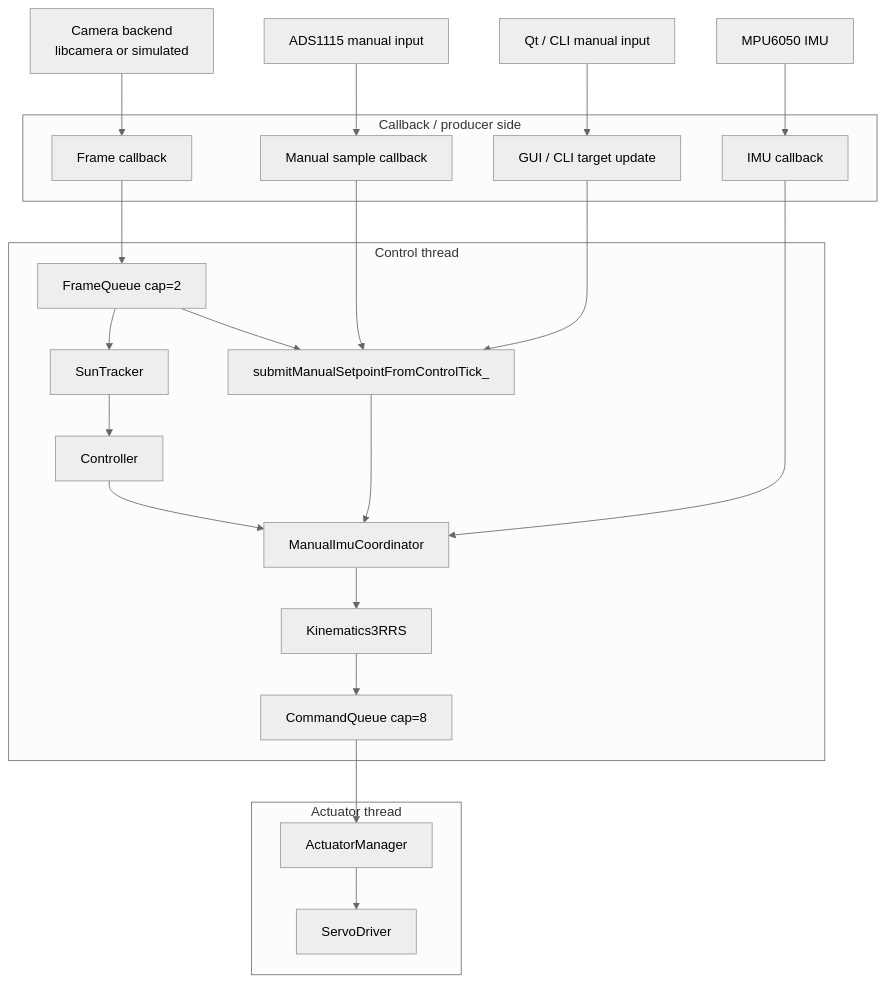
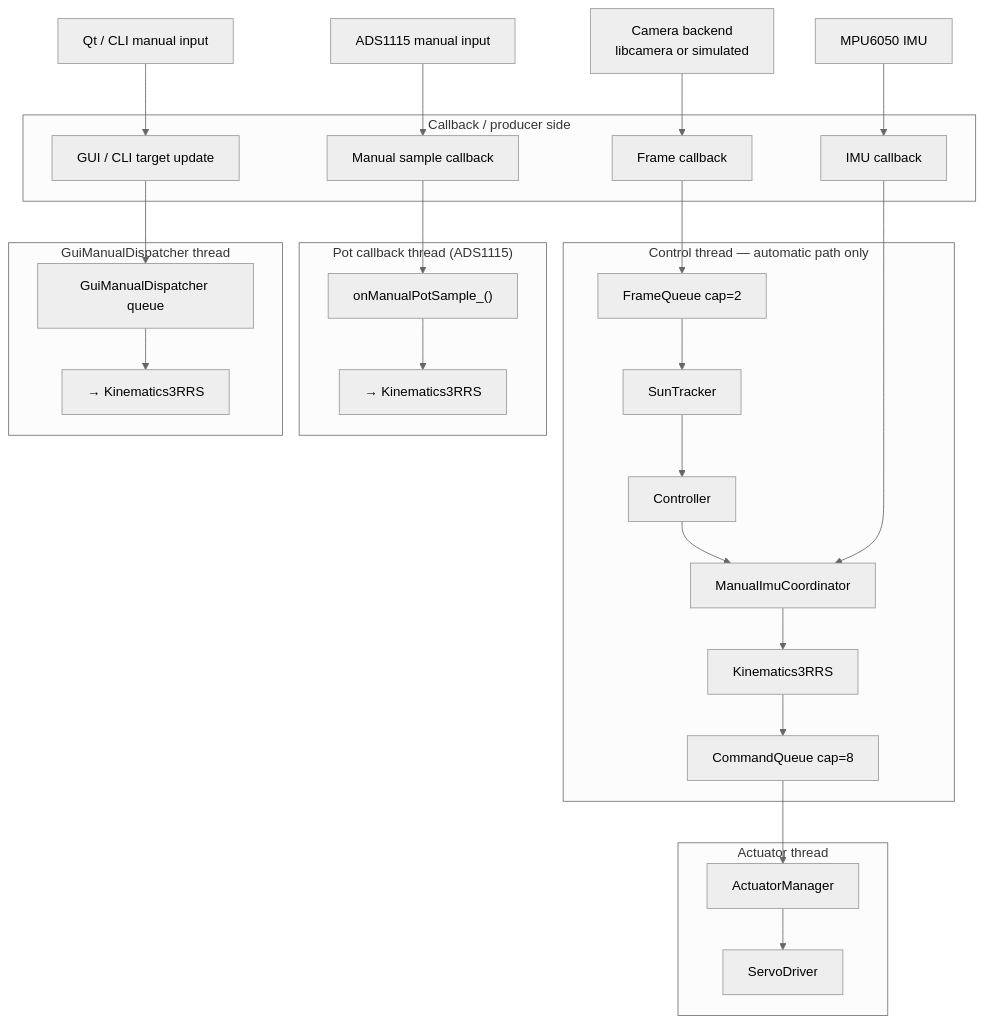
One commit to fadihalteh/sun2 changed the fifth of 5 diagrams in docs/system_architecture.md. Above: the diagram before and after it, drawn with Mermaid (neutral theme). The commit also changed other lines of this file and 15 other files, not shown here.

````diff
--- a/docs/system_architecture.md
+++ b/docs/system_architecture.md
@@ -395,37 +403,45 @@
 ```mermaid
 flowchart TB
   CAM["Camera backend<br/>libcamera or simulated"]
   ADS["ADS1115 manual input"]
   MPU["MPU6050 IMU"]
   UI["Qt / CLI manual input"]
 
   subgraph T1["Callback / producer side"]
     CAMCB["Frame callback"]
     ADSCB["Manual sample callback"]
     MPUCB["IMU callback"]
     UICB["GUI / CLI target update"]
   end
 
-  subgraph T2["Control thread"]
+  subgraph T2["Control thread — automatic path only"]
     FQ["FrameQueue cap=2"]
     ST["SunTracker"]
     CTRL["Controller"]
-    MAN["submitManualSetpointFromControlTick_"]
     MIC["ManualImuCoordinator"]
     KIN["Kinematics3RRS"]
     CQ["CommandQueue cap=8"]
+  end
+
+  subgraph T4["Pot callback thread (ADS1115)"]
+    ADSCB2["onManualPotSample_()"]
+    POTK["→ Kinematics3RRS"]
+  end
+
+  subgraph T5["GuiManualDispatcher thread"]
+    GUIQ["GuiManualDispatcher queue"]
+    GUIK["→ Kinematics3RRS"]
   end
 
   subgraph T3["Actuator thread"]
     ACT["ActuatorManager"]
     SERVO["ServoDriver"]
   end
 
   CAM --> CAMCB --> FQ
   FQ --> ST --> CTRL --> MIC --> KIN --> CQ
-  FQ --> MAN --> MIC
-  ADS --> ADSCB --> MAN
-  UI --> UICB --> MAN
+  ADS --> ADSCB --> ADSCB2 --> POTK
+  UI --> UICB --> GUIQ --> GUIK
   MPU --> MPUCB --> MIC
   CQ --> ACT --> SERVO
 ```
````
